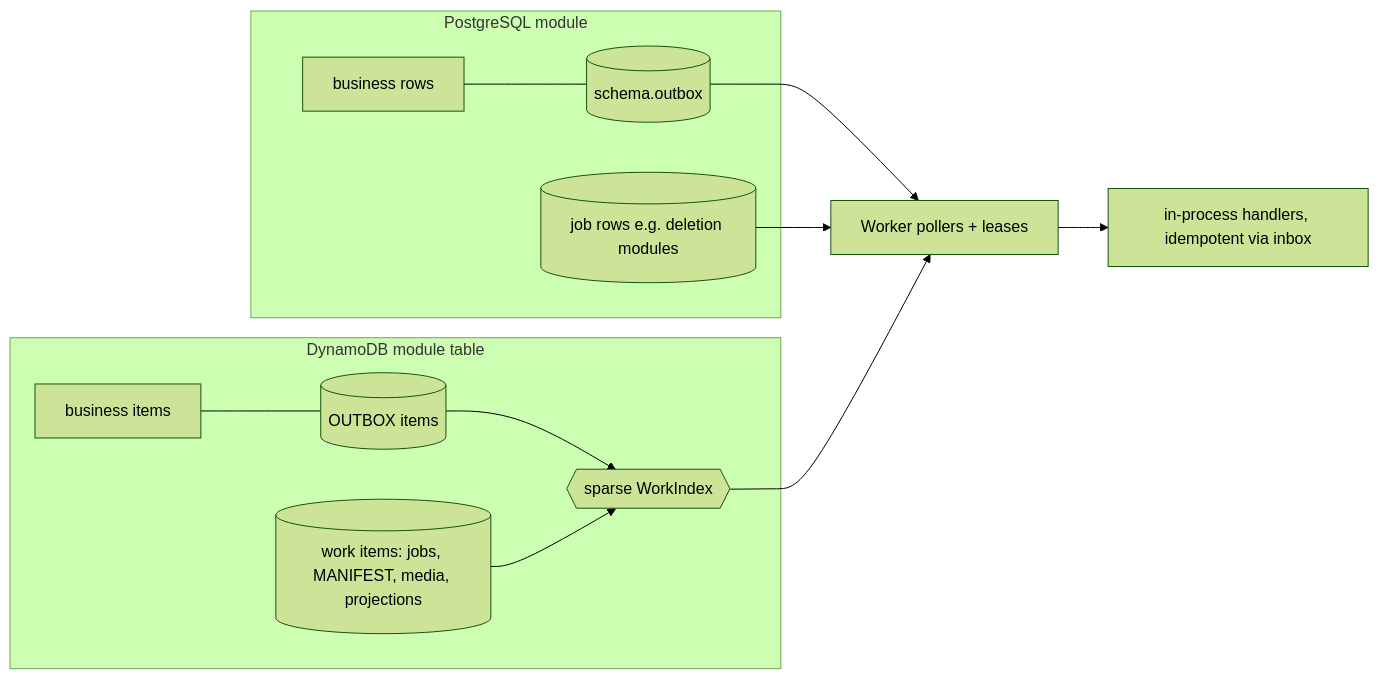
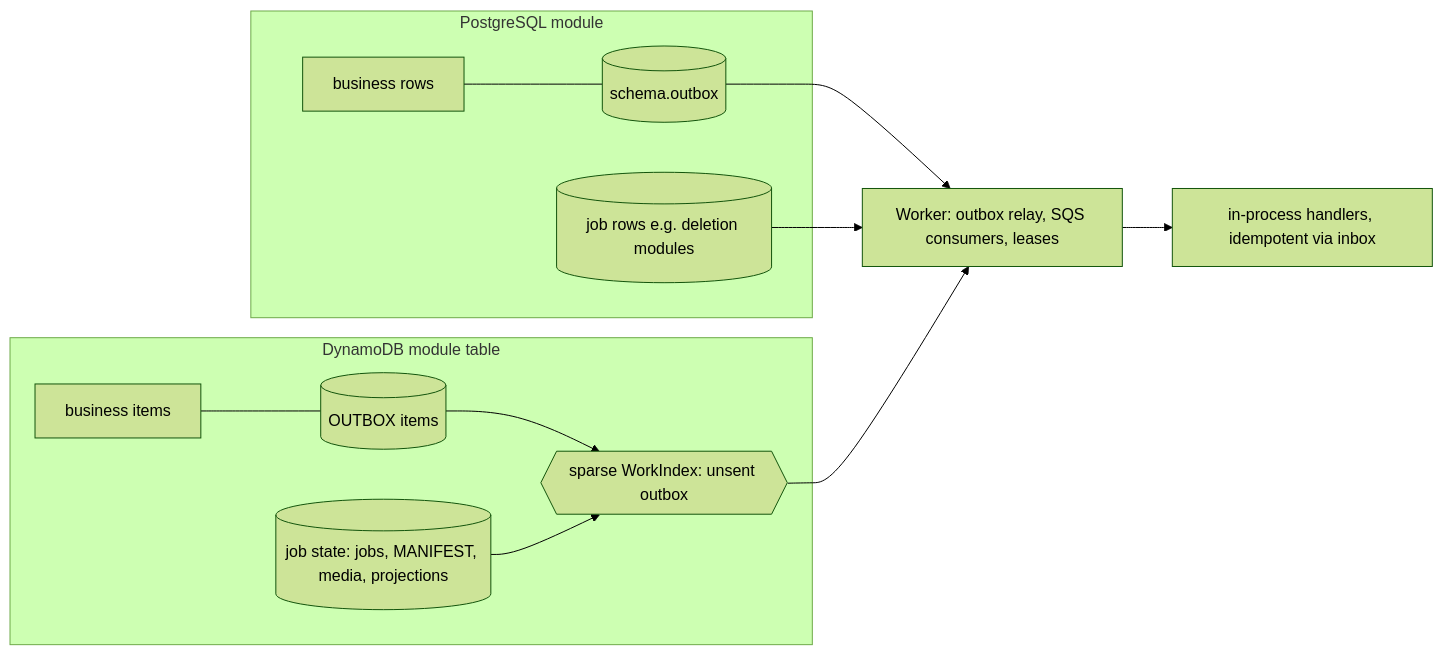
The diagram in docs/database/06-hybrid-database-architecture.md (jameelvm/MenuX), drawn with Mermaid (forest theme) before and after one commit. The commit also changed other lines of this file and 14 other files, not shown here.

````diff
--- a/docs/database/06-hybrid-database-architecture.md
+++ b/docs/database/06-hybrid-database-architecture.md
@@ -86,19 +86,19 @@
 ```mermaid
 flowchart LR
   subgraph PG[PostgreSQL module]
     T1[business rows] --- O1[(schema.outbox)]
     J1[(job rows e.g. deletion modules)]
   end
   subgraph DDB[DynamoDB module table]
     T2[business items] --- O2[(OUTBOX items)]
-    W2[(work items: jobs, MANIFEST, media, projections)]
-    WI{{sparse WorkIndex}}
+    W2[(job state: jobs, MANIFEST, media, projections)]
+    WI{{sparse WorkIndex: unsent outbox}}
     O2 --> WI
     W2 --> WI
   end
-  WRK[Worker pollers + leases]
+  WRK[Worker: outbox relay, SQS consumers, leases]
   O1 --> WRK
   J1 --> WRK
   WI --> WRK
   WRK --> H[in-process handlers, idempotent via inbox]
 ```
````
